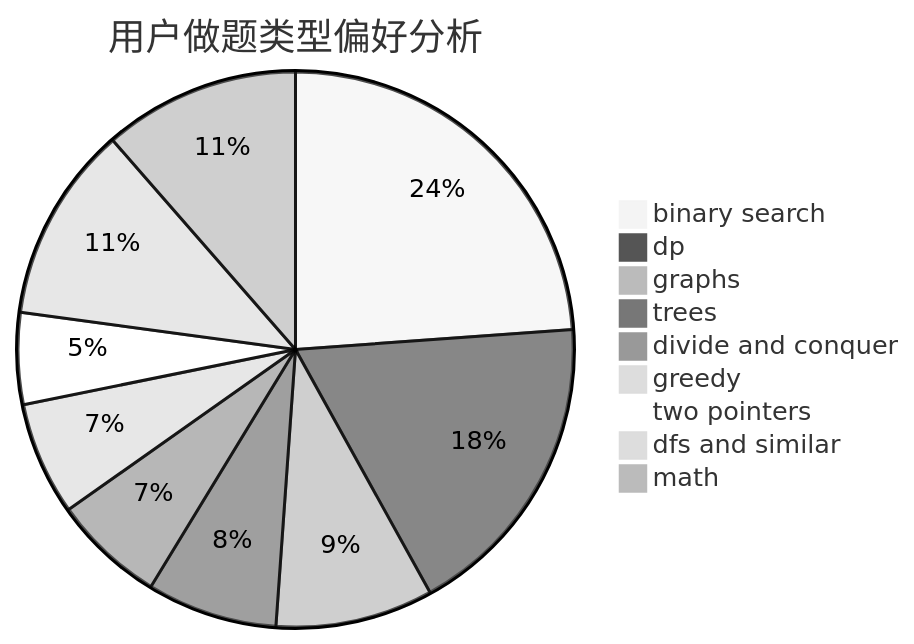
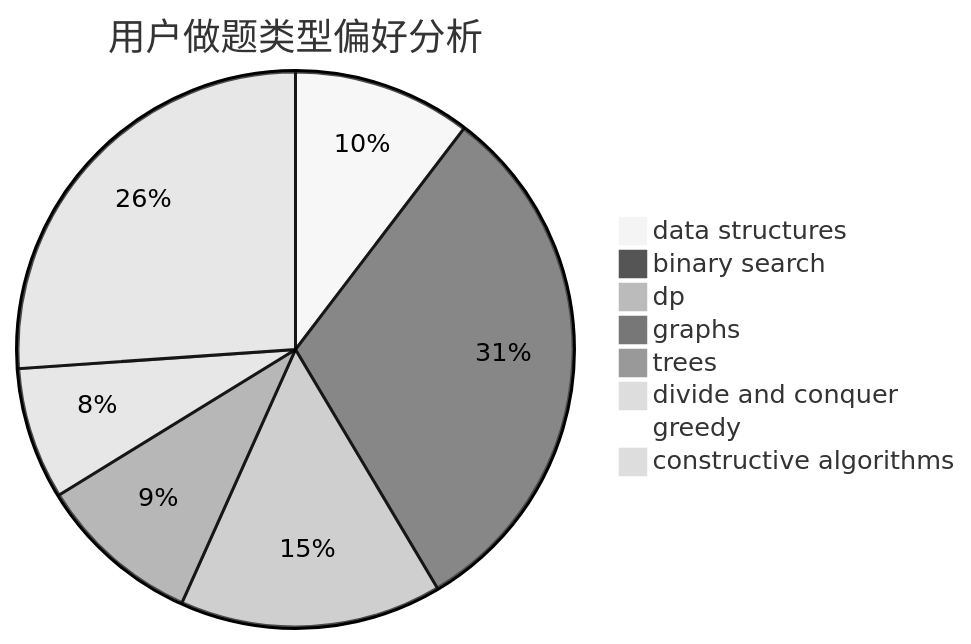
One commit to sherpahu/cfrs.github.io changed the second of 3 diagrams in docs/user/u1708.md. Above: the diagram before and after it, drawn with Mermaid (neutral theme). The commit also changed other lines of this file and 2775 other files, not shown here.

````diff
--- a/docs/user/u1708.md
+++ b/docs/user/u1708.md
@@ -23,12 +23,11 @@
 ```mermaid
 pie title 用户做题类型偏好分析
-    "binary search" :  286
-    "dp" :  217
-    "graphs" :  110
-    "trees" :  91
-    "divide and conquer" :  78
-    "greedy" :  79
-    "two pointers" :  64
-    "dfs and similar" :  137
-    "math" :  137
+    "data structures" :  85
+    "binary search" :  255
+    "dp" :  125
+    "graphs" :  6
+    "trees" :  78
+    "divide and conquer" :  63
+    "greedy" :  3
+    "constructive algorithms" :  214
 ```
````
